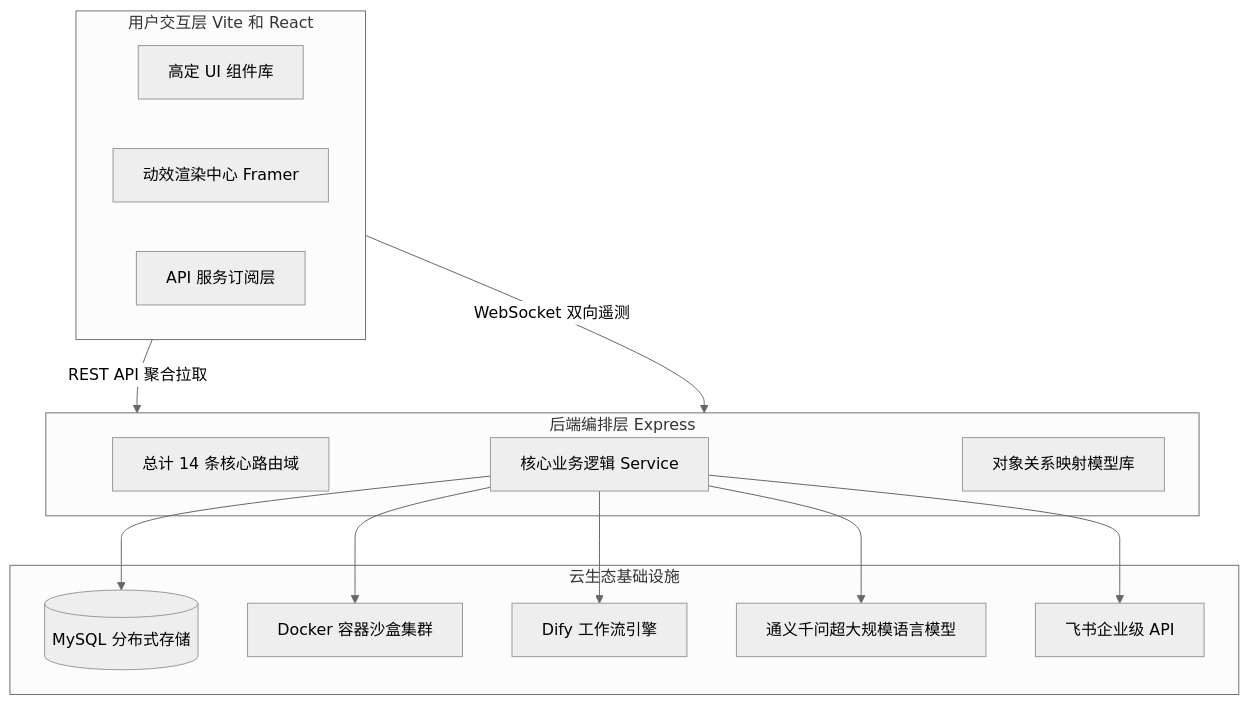
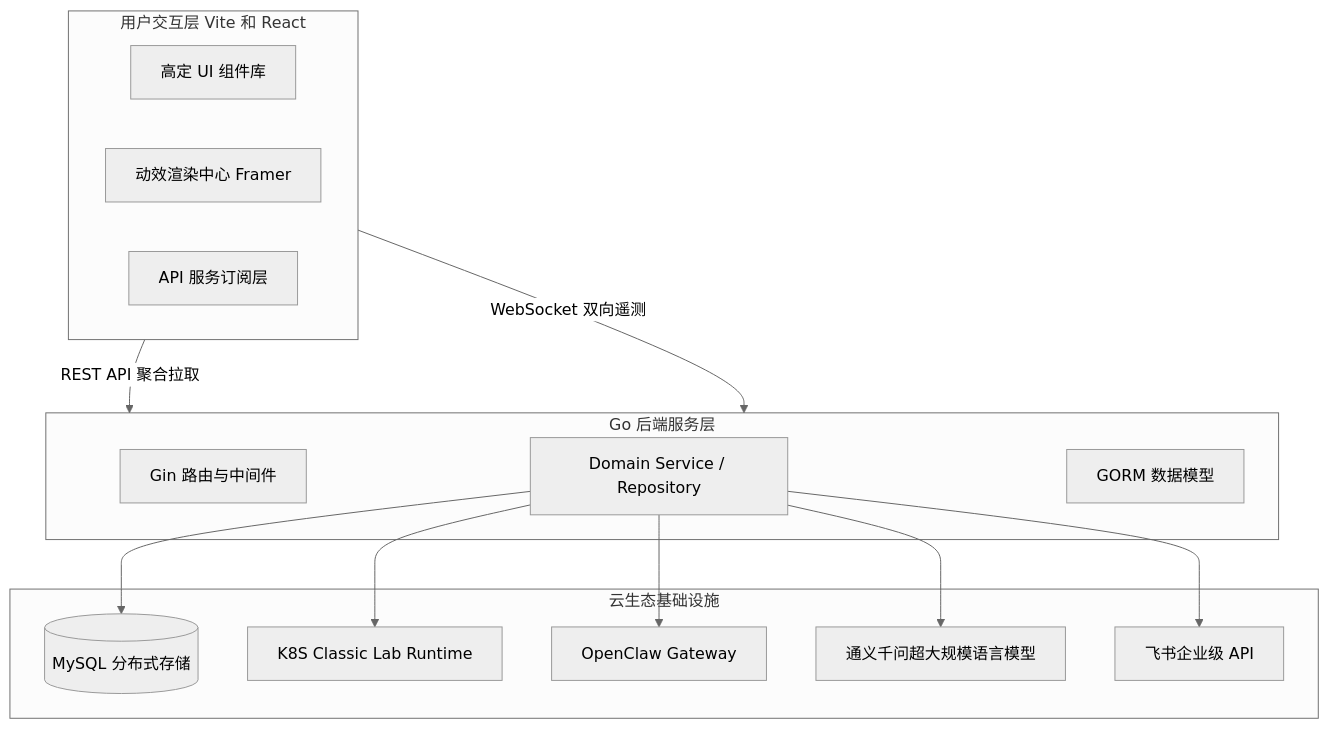
The first of 3 diagrams in EDU_Frontend/src/docs/architecture/底层技术生态.md (sospink/ai-edu-agent), drawn with Mermaid (neutral theme) before and after one commit. The commit also changed other lines of this file and 147 other files, not shown here.

````diff
--- a/EDU_Frontend/src/docs/architecture/底层技术生态.md
+++ b/EDU_Frontend/src/docs/architecture/底层技术生态.md
@@ -28,30 +28,30 @@
 ```mermaid
 graph TB
     subgraph Client [用户交互层 Vite 和 React]
         UI["高定 UI 组件库"]
         Anim["动效渲染中心 Framer"]
         Req["API 服务订阅层"]
     end
 
-    subgraph Server [后端编排层 Express]
-        Routes["总计 14 条核心路由域"]
-        Logic["核心业务逻辑 Service"]
-        Models["对象关系映射模型库"]
+    subgraph Server [Go 后端服务层]
+        Routes["Gin 路由与中间件"]
+        Logic["Domain Service / Repository"]
+        Models["GORM 数据模型"]
     end
 
     subgraph Infrastructure [云生态基础设施]
         DB[("MySQL 分布式存储")]
-        Docker["Docker 容器沙盒集群"]
-        Dify["Dify 工作流引擎"]
+        K8S["K8S Classic Lab Runtime"]
+        Gateway["OpenClaw Gateway"]
         Qwen["通义千问超大规模语言模型"]
         Feishu["飞书企业级 API"]
     end
 
     Client -->|REST API 聚合拉取| Server
     Client -->|WebSocket 双向遥测| Server
     Logic --> DB
-    Logic --> Docker
-    Logic --> Dify
+    Logic --> K8S
+    Logic --> Gateway
     Logic --> Qwen
     Logic --> Feishu
 ```
````
